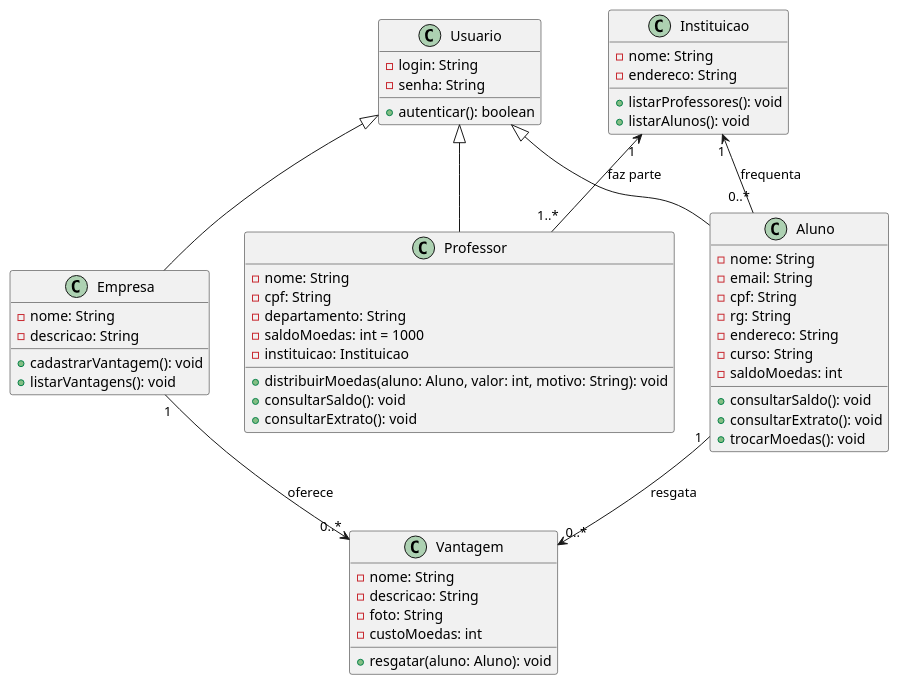
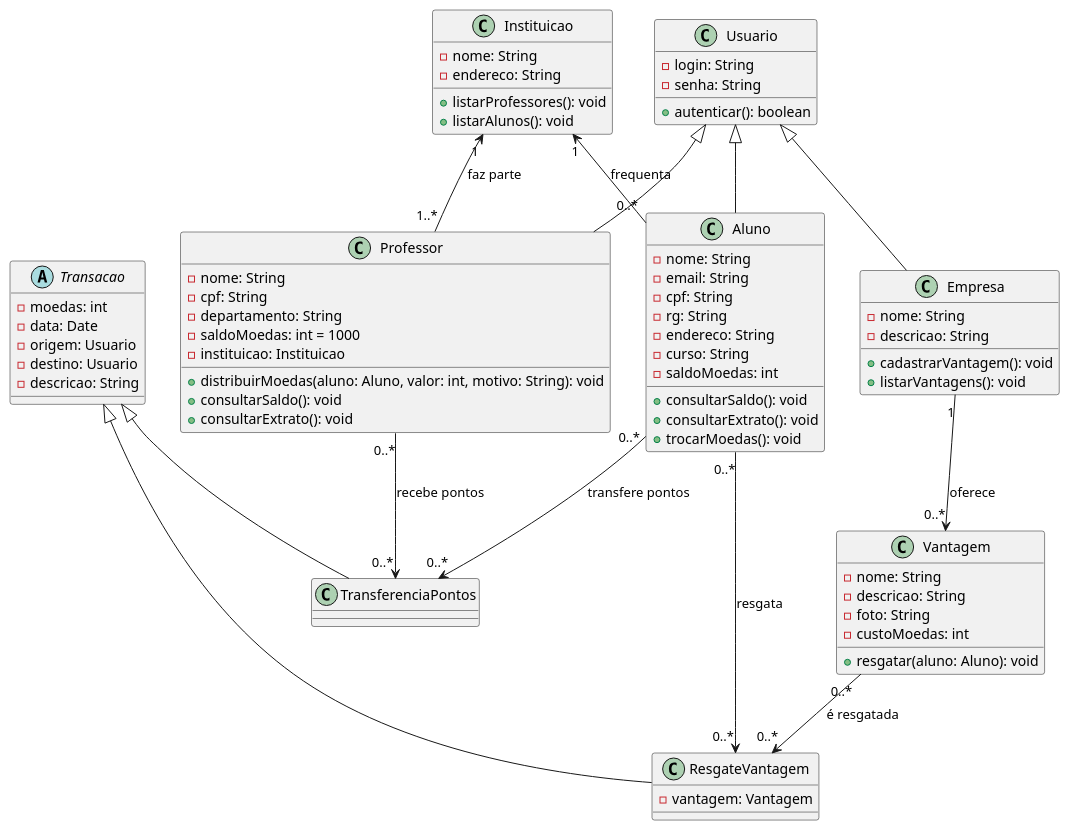
Before and after one commit to philmelo66/G6-LabDevSoft-3: the diagram in project/code/Diagrama de Classes.puml, drawn with PlantUML.

Commit message:
Atualização DC
Atualização DC

```diff
--- a/project/code/Diagrama de Classes.puml
+++ b/project/code/Diagrama de Classes.puml
@@ -1,59 +1,79 @@
 @startuml
+abstract class Transacao {
+  - moedas: int
+  - data: Date
+  - origem: Usuario
+  - destino: Usuario
+  - descricao: String
+}
+
+class TransferenciaPontos extends Transacao {
+}
+
+class ResgateVantagem extends Transacao {
+  - vantagem: Vantagem
+}
+
 class Usuario {
   - login: String
   - senha: String
   + autenticar(): boolean
 }
 
-class Aluno extends Usuario{
+class Aluno extends Usuario {
   - nome: String
   - email: String
   - cpf: String
   - rg: String
   - endereco: String
   - curso: String
   - saldoMoedas: int
   + consultarSaldo(): void
   + consultarExtrato(): void
   + trocarMoedas(): void
 }
 
-class Professor extends Usuario{
+class Professor extends Usuario {
   - nome: String
   - cpf: String
   - departamento: String
   - saldoMoedas: int = 1000
   - instituicao: Instituicao
   + distribuirMoedas(aluno: Aluno, valor: int, motivo: String): void
   + consultarSaldo(): void
   + consultarExtrato(): void
 }
 
-
-class Empresa extends Usuario{
+class Empresa extends Usuario {
   - nome: String
   - descricao: String
   + cadastrarVantagem(): void
   + listarVantagens(): void
 }
 
 class Instituicao {
   - nome: String
   - endereco: String
   + listarProfessores(): void
   + listarAlunos(): void
 }
 
 class Vantagem {
   - nome: String
   - descricao: String
   - foto: String
   - custoMoedas: int
   + resgatar(aluno: Aluno): void
 }
 
 Instituicao "1" <-- "0..*" Aluno : "frequenta"
 Instituicao "1" <-- "1..*" Professor : "faz parte"
-Aluno "1" --> "0..*" Vantagem : "resgata"
+
+Aluno "0..*" --> "0..*" TransferenciaPontos : "transfere pontos"
+Professor "0..*" --> "0..*" TransferenciaPontos : "recebe pontos"
+
+Aluno "0..*" --> "0..*" ResgateVantagem : "resgata"
+Vantagem "0..*" --> "0..*" ResgateVantagem : "é resgatada"
+
 Empresa "1" --> "0..*" Vantagem : "oferece"
 @enduml
```
